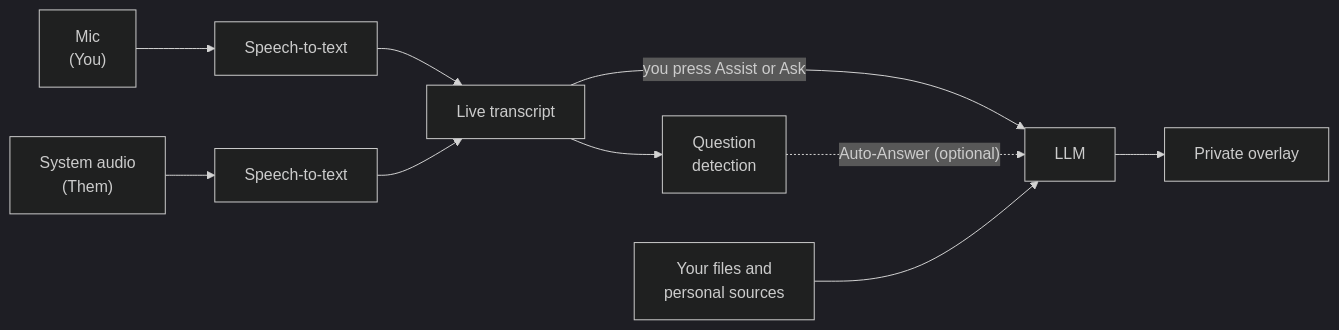
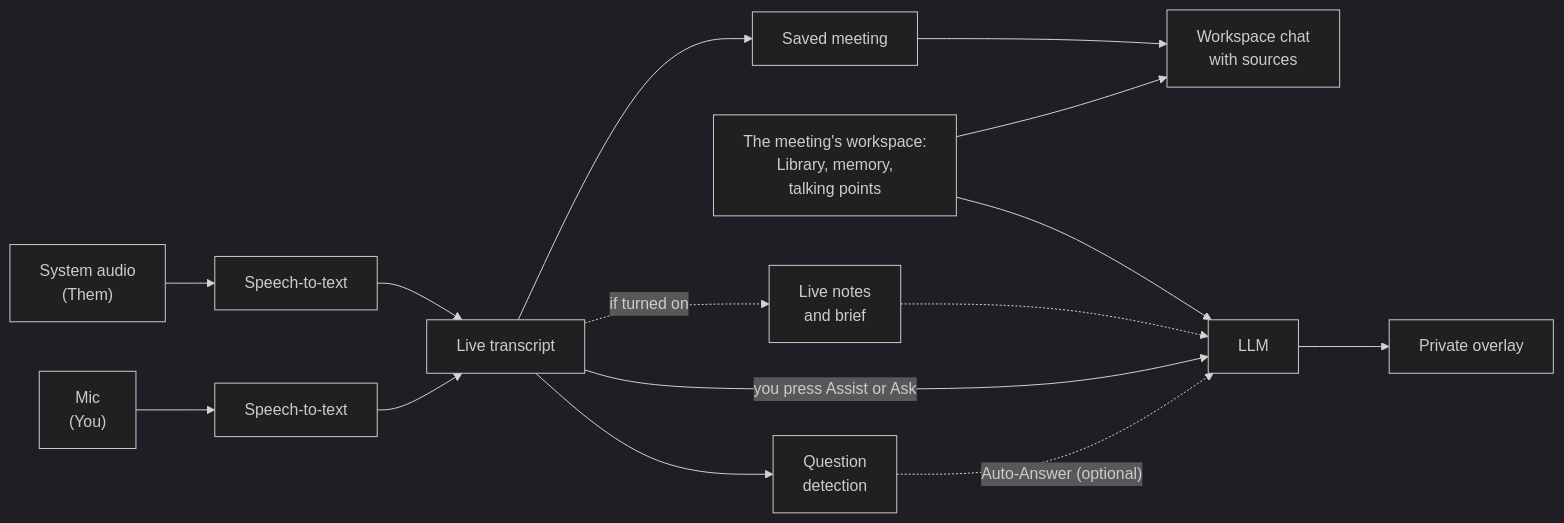
The diagram in README.md (naxhq/NexQ), drawn with Mermaid (dark theme) before and after one commit. The commit also changed other lines of this file and 34 other files, not shown here.

````diff
--- a/README.md
+++ b/README.md
@@ -150,12 +203,17 @@
 ```mermaid
 flowchart LR
     A["Mic<br/>(You)"] --> S1["Speech-to-text"]
     B["System audio<br/>(Them)"] --> S2["Speech-to-text"]
     S1 --> T["Live transcript"]
     S2 --> T
     T --> Q["Question<br/>detection"]
     T -->|"you press Assist or Ask"| L["LLM"]
     Q -.->|"Auto-Answer (optional)"| L
-    C["Your files and<br/>personal sources"] --> L
+    C["The meeting's workspace:<br/>Library, memory,<br/>talking points"] --> L
+    T -.->|"if turned on"| N["Live notes<br/>and brief"]
+    N -.-> L
     L --> O["Private overlay"]
+    T --> M["Saved meeting"]
+    M --> W["Workspace chat<br/>with sources"]
+    C --> W
 ```
````
